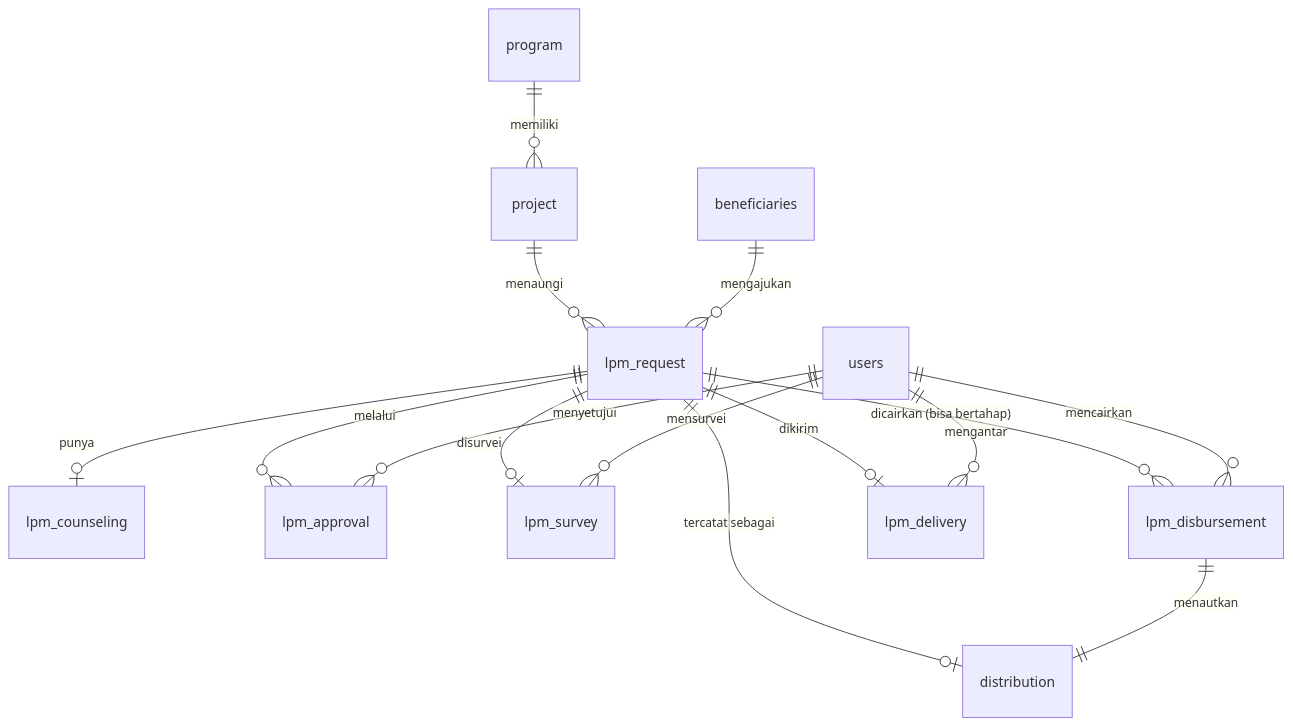
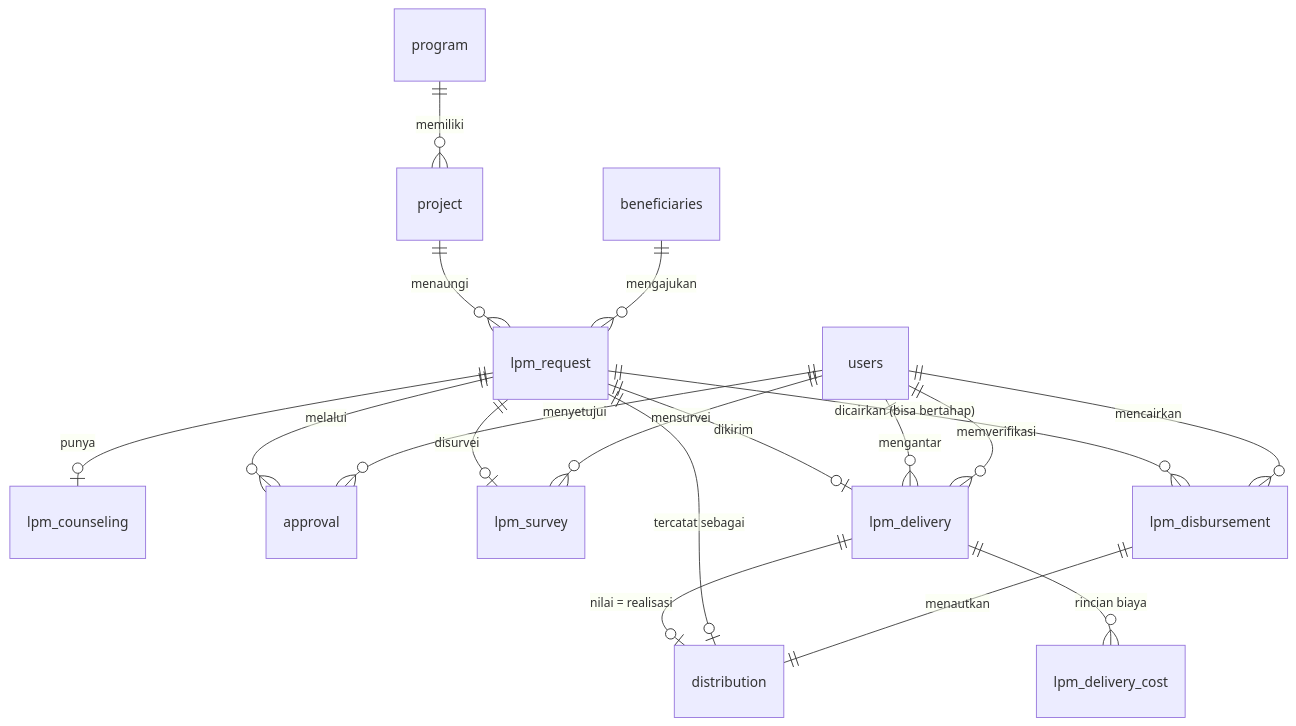
Before and after one commit to aryadd/benefislpm: the second of 2 diagrams in PRD_v2_Pencatatan_Approval_LPM (1).md, drawn with Mermaid. The commit also changed other lines of this file and 24 other files, not shown here.

````diff
--- a/PRD_v2_Pencatatan_Approval_LPM (1).md
+++ b/PRD_v2_Pencatatan_Approval_LPM (1).md
@@ -338,17 +387,20 @@
 ```mermaid
 erDiagram
     program ||--o{ project : "memiliki"
     project ||--o{ lpm_request : "menaungi"
     beneficiaries ||--o{ lpm_request : "mengajukan"
     lpm_request ||--o| lpm_counseling : "punya"
-    lpm_request ||--o{ lpm_approval : "melalui"
+    lpm_request ||--o{ approval : "melalui"
     lpm_request ||--o| lpm_survey : "disurvei"
     lpm_request ||--o{ lpm_disbursement : "dicairkan (bisa bertahap)"
-    lpm_request ||--o| lpm_delivery : "dikirim"
+lpm_request ||--o| lpm_delivery : "dikirim"
+    lpm_delivery ||--o{ lpm_delivery_cost : "rincian biaya"
+    lpm_delivery ||--o| distribution : "nilai = realisasi"
     lpm_request ||--o| distribution : "tercatat sebagai"
     lpm_disbursement ||--|| distribution : "menautkan"
-    users ||--o{ lpm_approval : "menyetujui"
+    users ||--o{ approval : "menyetujui"
     users ||--o{ lpm_survey : "mensurvei"
     users ||--o{ lpm_disbursement : "mencairkan"
     users ||--o{ lpm_delivery : "mengantar"
+    users ||--o{ lpm_delivery : "memverifikasi"
 ```
````
